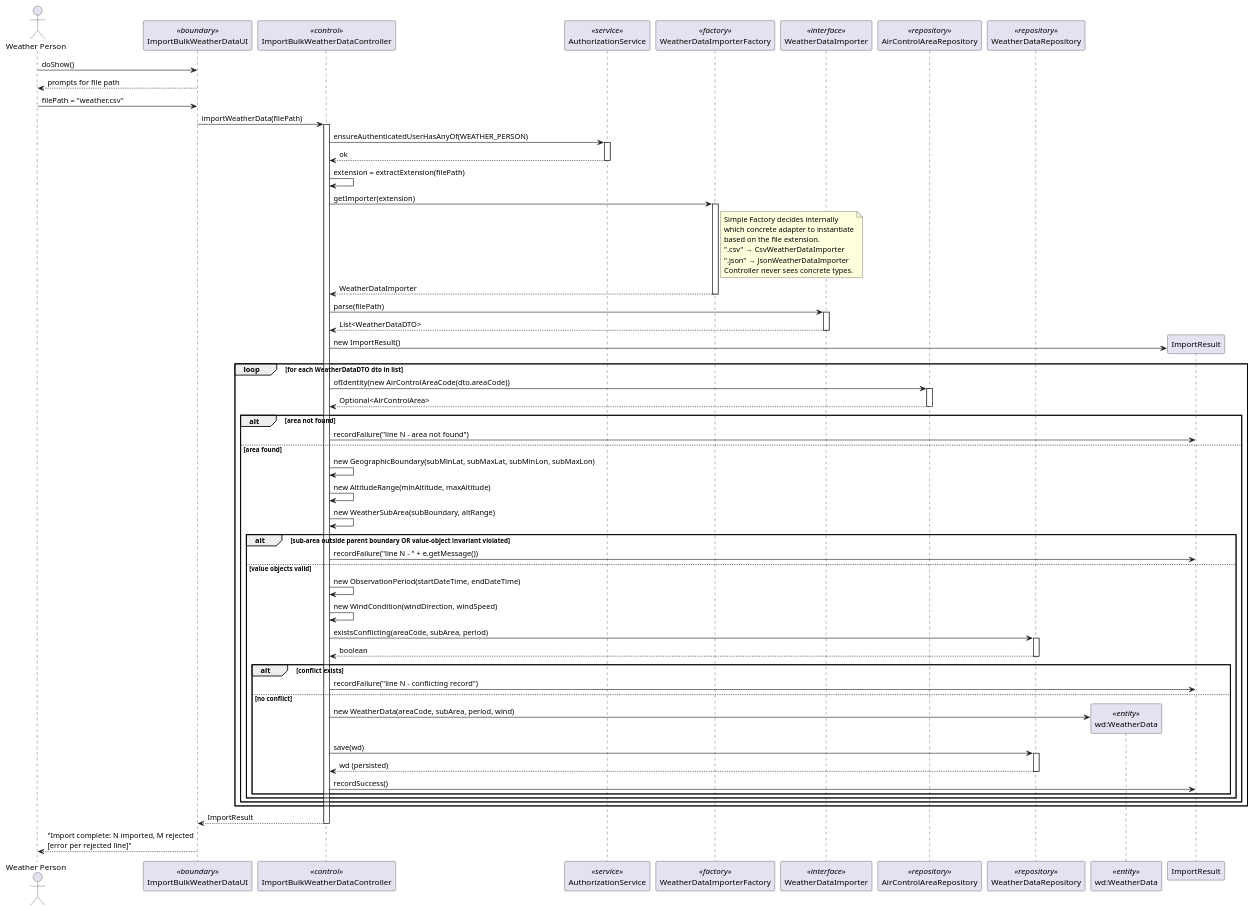
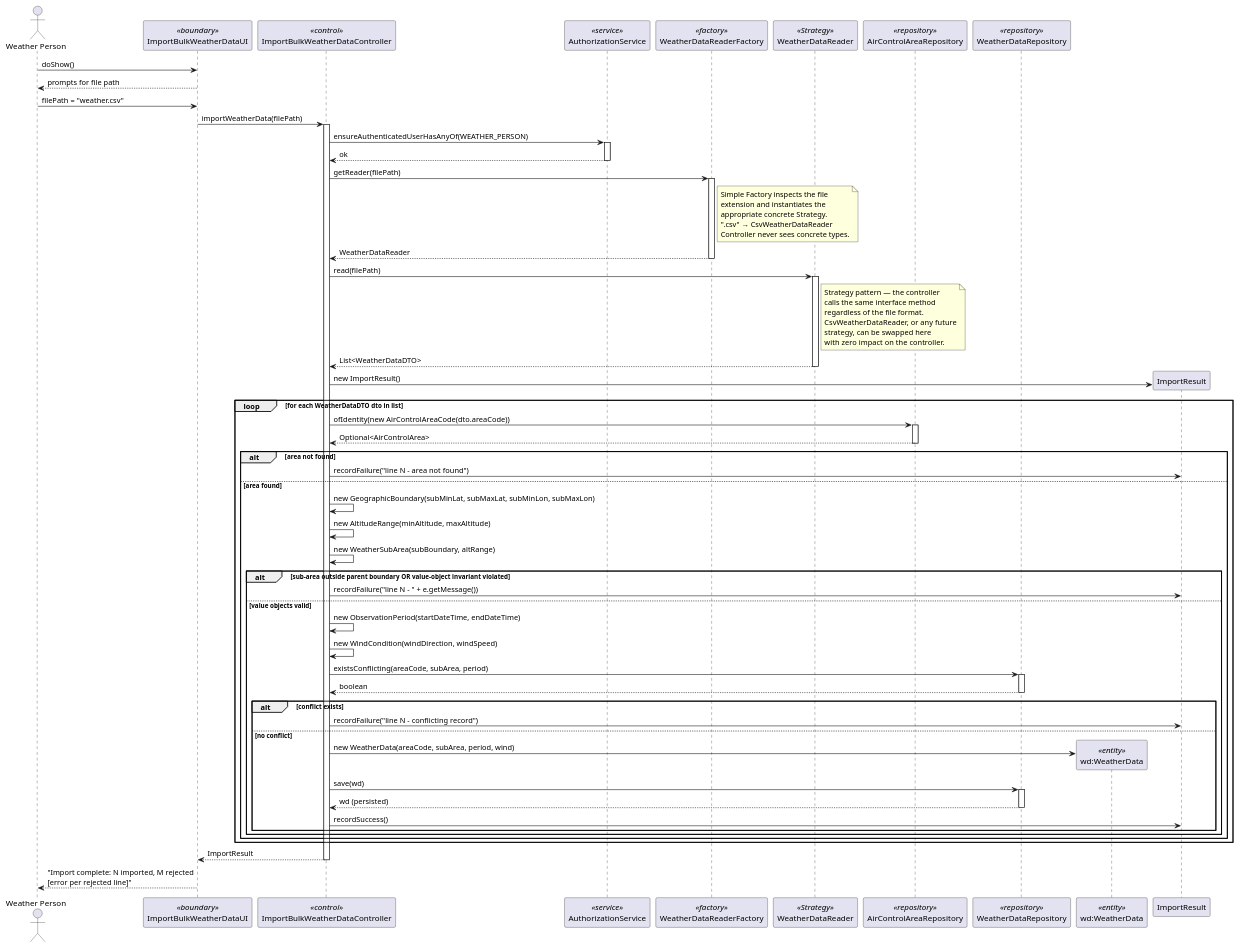
The diagram in docs/Sprint 3/EAPLI/US042/puml/US042-sequence-diagram.puml (DuartePinto1240/sem4pi2526-sem4pi2526_2da2), drawn with PlantUML before and after one commit. The commit also changed 4 other files, not shown here.

Commit message:
US042: Update documentation and diagrams to replace Adapter with Strategy for reading file format #166 #167

```diff
--- a/docs/Sprint 3/EAPLI/US042/puml/US042-sequence-diagram.puml
+++ b/docs/Sprint 3/EAPLI/US042/puml/US042-sequence-diagram.puml
@@ -1,97 +1,103 @@
 @startuml US042-sequence-diagram
 actor "Weather Person" as WP
 participant ImportBulkWeatherDataUI as UI <<boundary>>
 participant ImportBulkWeatherDataController as CTRL <<control>>
 participant AuthorizationService as AUTHZ <<service>>
-participant WeatherDataImporterFactory as FACTORY <<factory>>
-participant WeatherDataImporter as IMPORTER <<interface>>
+participant WeatherDataReaderFactory as FACTORY <<factory>>
+participant WeatherDataReader as READER <<Strategy>>
 participant AirControlAreaRepository as AREA_REPO <<repository>>
 participant WeatherDataRepository as WD_REPO <<repository>>
 participant "wd:WeatherData" as WD <<entity>>
 participant ImportResult as RESULT
 
 WP -> UI : doShow()
 UI --> WP : prompts for file path
 
 WP -> UI : filePath = "weather.csv"
 
 UI -> CTRL : importWeatherData(filePath)
 activate CTRL
 
 CTRL -> AUTHZ : ensureAuthenticatedUserHasAnyOf(WEATHER_PERSON)
 activate AUTHZ
 AUTHZ --> CTRL : ok
 deactivate AUTHZ
 
-CTRL -> CTRL : extension = extractExtension(filePath)
-CTRL -> FACTORY : getImporter(extension)
+CTRL -> FACTORY : getReader(filePath)
 activate FACTORY
 note right of FACTORY
-  Simple Factory decides internally
-  which concrete adapter to instantiate
-  based on the file extension.
-  ".csv"  → CsvWeatherDataImporter
-  ".json" → JsonWeatherDataImporter
+  Simple Factory inspects the file
+  extension and instantiates the
+  appropriate concrete Strategy.
+  ".csv" → CsvWeatherDataReader
   Controller never sees concrete types.
 end note
-FACTORY --> CTRL : WeatherDataImporter
+FACTORY --> CTRL : WeatherDataReader
 deactivate FACTORY
 
-CTRL -> IMPORTER : parse(filePath)
-activate IMPORTER
-IMPORTER --> CTRL : List<WeatherDataDTO>
-deactivate IMPORTER
+CTRL -> READER : read(filePath)
+note right of READER
+  Strategy pattern — the controller
+  calls the same interface method
+  regardless of the file format.
+  CsvWeatherDataReader, or any future
+  strategy, can be swapped here
+  with zero impact on the controller.
+end note
+activate READER
+READER --> CTRL : List<WeatherDataDTO>
+deactivate READER
 
 CTRL -> RESULT ** : new ImportResult()
 
 loop for each WeatherDataDTO dto in list
 
   CTRL -> AREA_REPO : ofIdentity(new AirControlAreaCode(dto.areaCode))
   activate AREA_REPO
   AREA_REPO --> CTRL : Optional<AirControlArea>
   deactivate AREA_REPO
 
   alt area not found
     CTRL -> RESULT : recordFailure("line N – area not found")
 
   else area found
 
     CTRL -> CTRL : new GeographicBoundary(subMinLat, subMaxLat, subMinLon, subMaxLon)
     CTRL -> CTRL : new AltitudeRange(minAltitude, maxAltitude)
     CTRL -> CTRL : new WeatherSubArea(subBoundary, altRange)
 
     alt sub-area outside parent boundary OR value-object invariant violated
       CTRL -> RESULT : recordFailure("line N – " + e.getMessage())
 
     else value objects valid
 
       CTRL -> CTRL : new ObservationPeriod(startDateTime, endDateTime)
       CTRL -> CTRL : new WindCondition(windDirection, windSpeed)
 
       CTRL -> WD_REPO : existsConflicting(areaCode, subArea, period)
       activate WD_REPO
       WD_REPO --> CTRL : boolean
       deactivate WD_REPO
 
       alt conflict exists
         CTRL -> RESULT : recordFailure("line N – conflicting record")
 
       else no conflict
         CTRL -> WD ** : new WeatherData(areaCode, subArea, period, wind)
         CTRL -> WD_REPO : save(wd)
         activate WD_REPO
         WD_REPO --> CTRL : wd (persisted)
         deactivate WD_REPO
         CTRL -> RESULT : recordSuccess()
       end
     end
   end
 
 end
 
 CTRL --> UI : ImportResult
 deactivate CTRL
 
 UI --> WP : "Import complete: N imported, M rejected\n[error per rejected line]"
 
 @enduml
```
